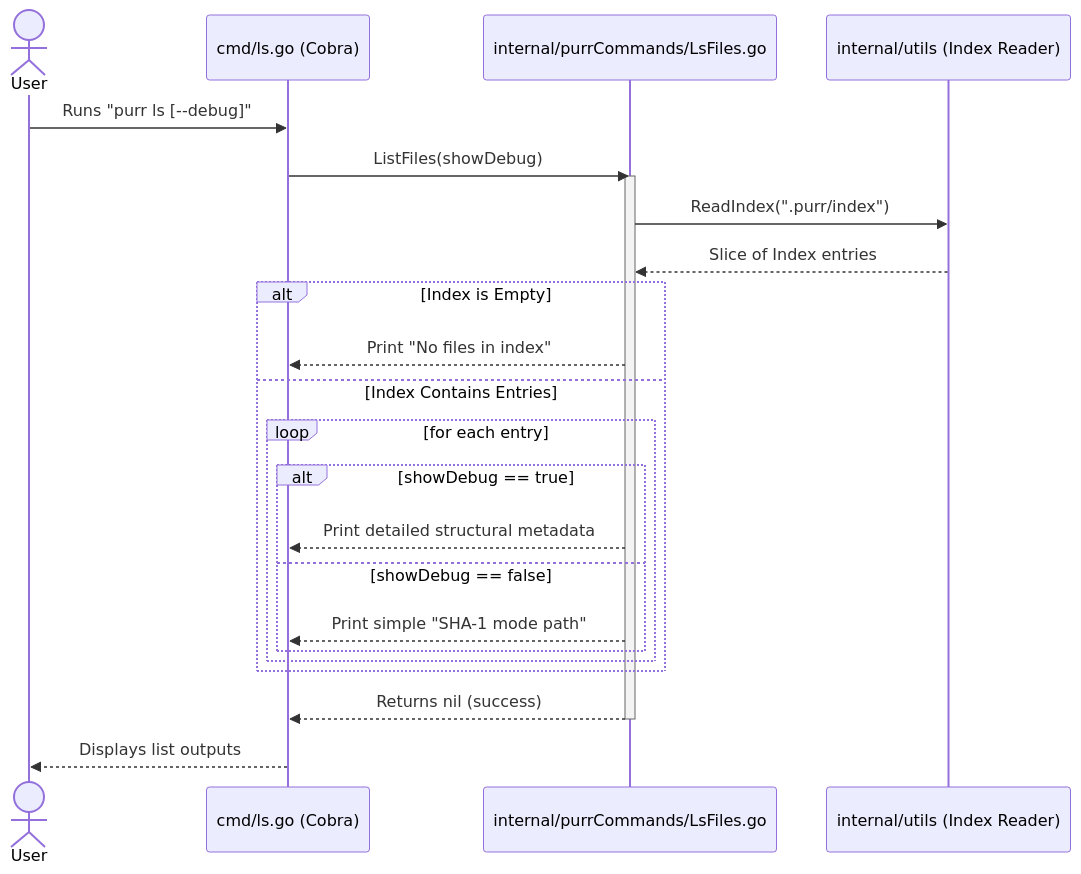
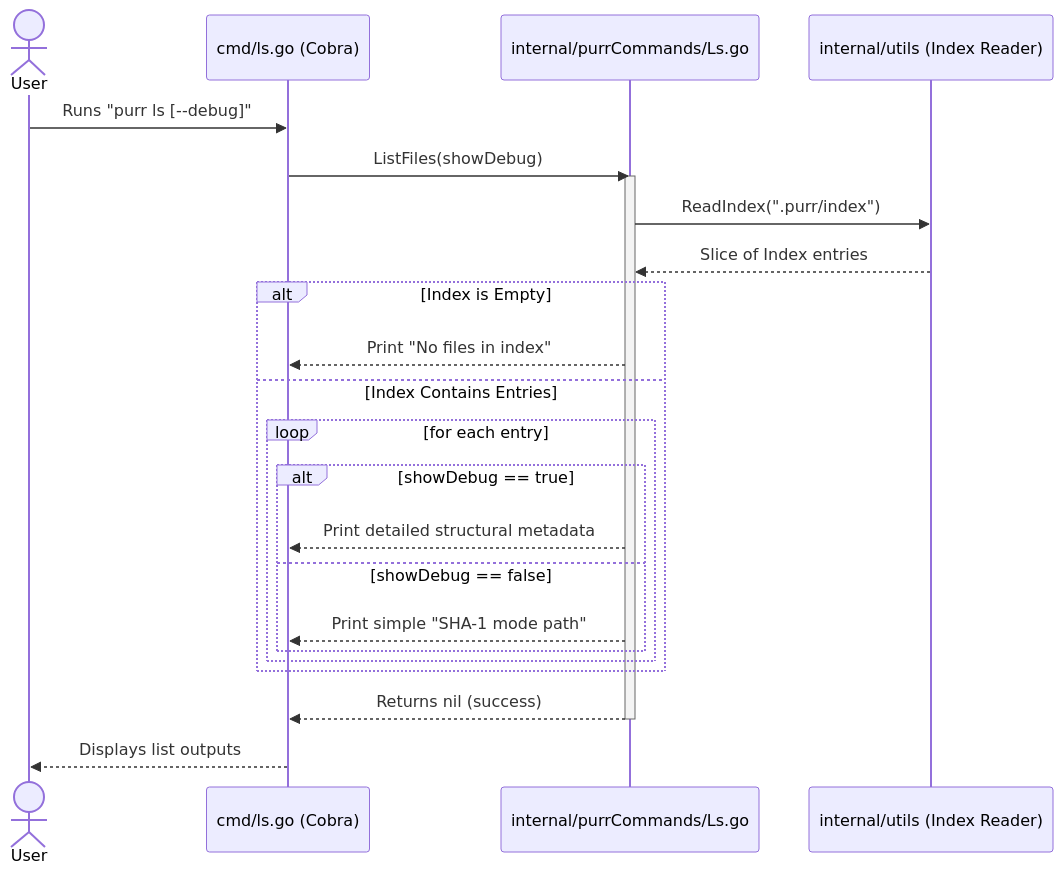
The third of 6 diagrams in Docs/ARCHITECTURE.md (TheRealShek/persephone), drawn with Mermaid before and after one commit. The commit also changed other lines of this file and 9 other files, not shown here.

````diff
--- a/Docs/ARCHITECTURE.md
+++ b/Docs/ARCHITECTURE.md
@@ -278,30 +278,30 @@
 ```mermaid
 sequenceDiagram
     actor User
     participant CLI as cmd/ls.go (Cobra)
-    participant Core as internal/purrCommands/LsFiles.go
+    participant Core as internal/purrCommands/Ls.go
     participant Utils as internal/utils (Index Reader)
 
     User->>CLI: Runs "purr ls [--debug]"
     CLI->>Core: ListFiles(showDebug)
 
     activate Core
     Core->>Utils: ReadIndex(".purr/index")
     Utils-->>Core: Slice of Index entries
 
     alt Index is Empty
         Core-->>CLI: Print "No files in index"
     else Index Contains Entries
         loop for each entry
             alt showDebug == true
                 Core-->>CLI: Print detailed structural metadata
             else showDebug == false
                 Core-->>CLI: Print simple "SHA-1  mode  path"
             end
         end
     end
 
     Core-->>CLI: Returns nil (success)
     deactivate Core
     CLI-->>User: Displays list outputs
 ```
````
